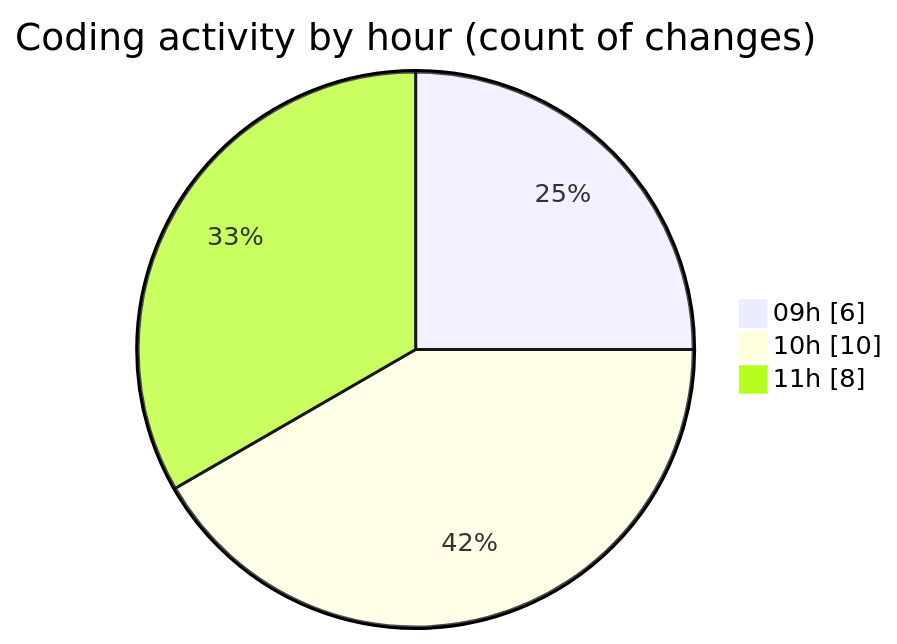
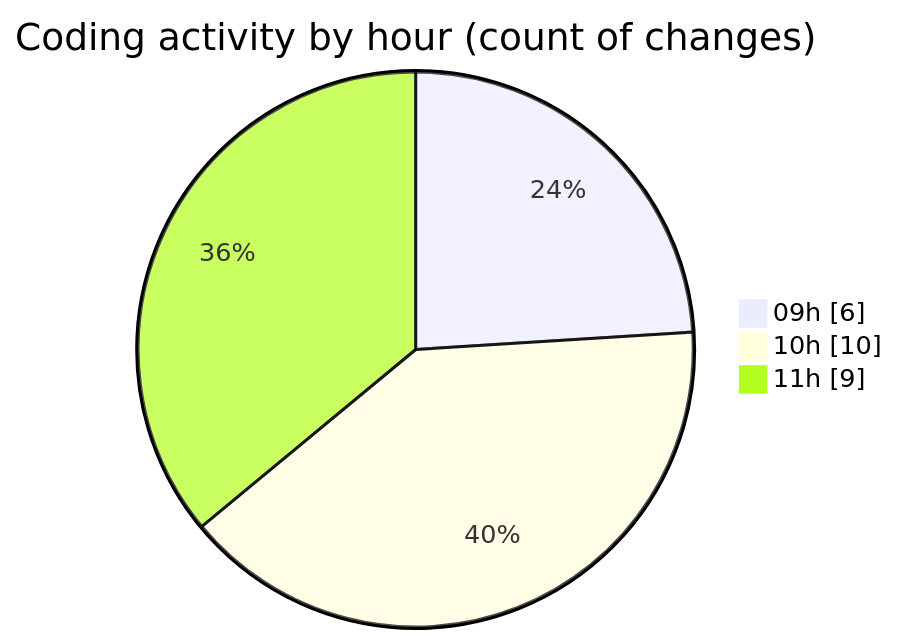
Before and after one commit to momahboobian/code-tracking: the second of 2 diagrams in 2026-01-15/cda/README.md, drawn with Mermaid. The commit also changed other lines of this file and 1 other file, not shown here.

````diff
--- a/2026-01-15/cda/README.md
+++ b/2026-01-15/cda/README.md
@@ -36,7 +38,7 @@
 ```mermaid
 pie showData
 title Coding activity by hour (count of changes)
 "09h" : 6
 "10h" : 10
-"11h" : 8
+"11h" : 9
 ```
````
